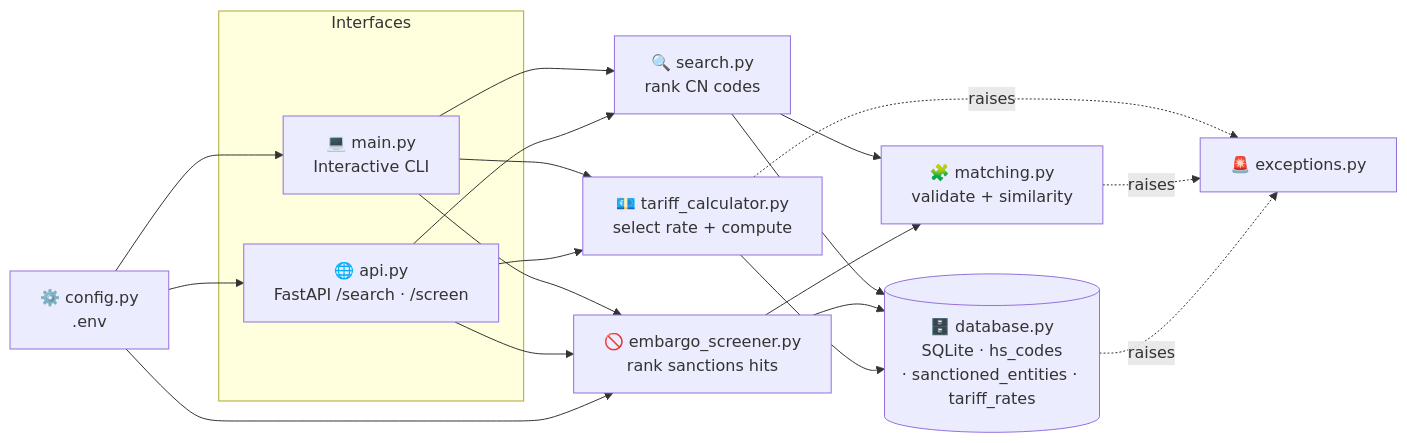
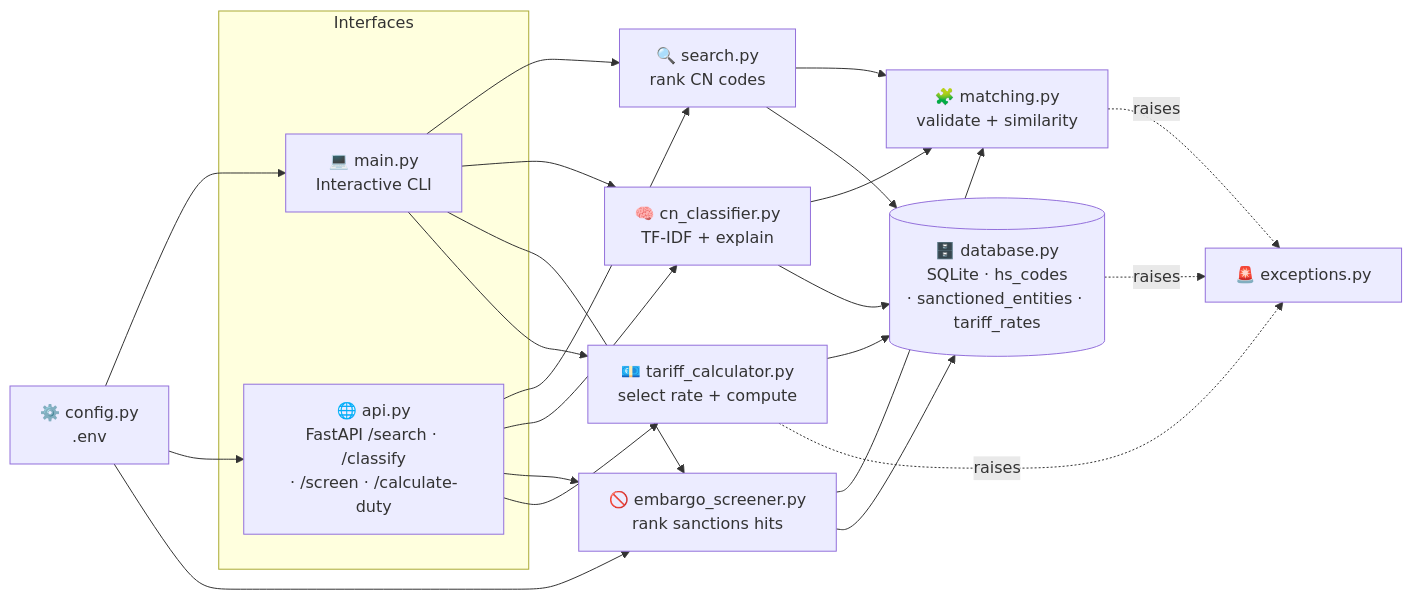
The first of 2 diagrams in README.md (Mutersec/CustomsIQ), drawn with Mermaid before and after one commit. The commit also changed other lines of this file and 10 other files, not shown here.

````diff
--- a/README.md
+++ b/README.md
@@ -92,33 +93,38 @@
 ```mermaid
 flowchart LR
     subgraph Interfaces
         CLI["💻 main.py<br/>Interactive CLI"]
-        API["🌐 api.py<br/>FastAPI /search · /screen"]
+        API["🌐 api.py<br/>FastAPI /search · /classify<br/>· /screen · /calculate-duty"]
     end
 
     SEARCH["🔍 search.py<br/>rank CN codes"]
+    CLS["🧠 cn_classifier.py<br/>TF-IDF + explain"]
     SCREEN["🚫 embargo_screener.py<br/>rank sanctions hits"]
     DUTY["💶 tariff_calculator.py<br/>select rate + compute"]
     MATCH["🧩 matching.py<br/>validate + similarity"]
     DB[("🗄️ database.py<br/>SQLite · hs_codes<br/>· sanctioned_entities · tariff_rates")]
     EXC["🚨 exceptions.py"]
     CFG["⚙️ config.py<br/>.env"]
 
     CLI --> SEARCH
+    CLI --> CLS
     CLI --> SCREEN
     CLI --> DUTY
     API --> SEARCH
+    API --> CLS
     API --> SCREEN
     API --> DUTY
     SEARCH --> MATCH
+    CLS --> MATCH
     SCREEN --> MATCH
     SEARCH --> DB
+    CLS --> DB
     SCREEN --> DB
     DUTY --> DB
     DUTY -. raises .-> EXC
     MATCH -. raises .-> EXC
     DB -. raises .-> EXC
     CFG --> CLI
     CFG --> API
     CFG --> SCREEN
 ```
````
